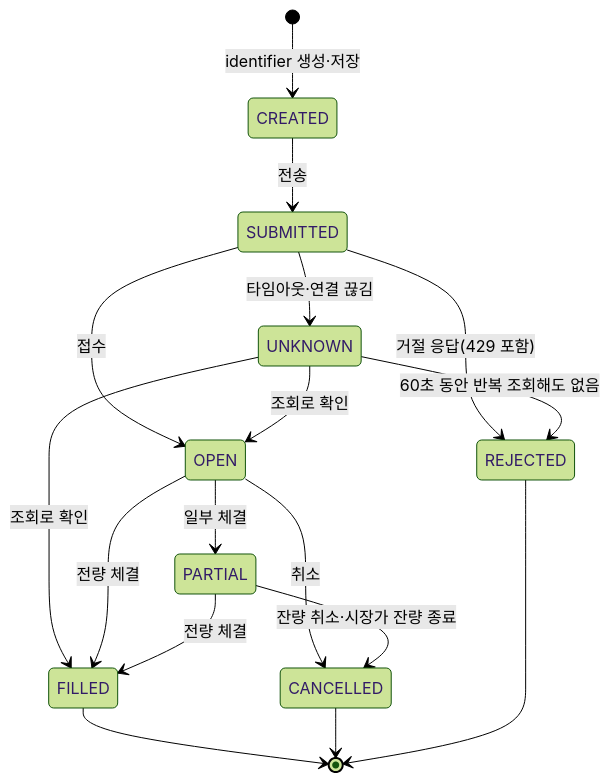
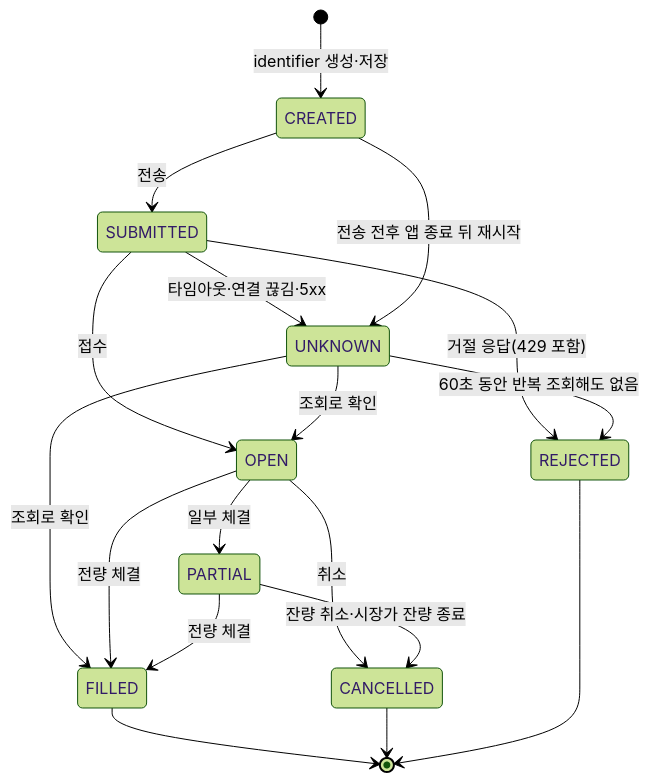
The third of 4 diagrams in docs/03-functional/state-machines.md (khy920723/upbit-autotrader), drawn with Mermaid (forest theme) before and after one commit. The commit also changed other lines of this file and 25 other files, not shown here.

````diff
--- a/docs/03-functional/state-machines.md
+++ b/docs/03-functional/state-machines.md
@@ -87,19 +87,20 @@
 ```mermaid
 stateDiagram-v2
     [*] --> CREATED: identifier 생성·저장
     CREATED --> SUBMITTED: 전송
     SUBMITTED --> OPEN: 접수
     SUBMITTED --> REJECTED: 거절 응답(429 포함)
-    SUBMITTED --> UNKNOWN: 타임아웃·연결 끊김
+    SUBMITTED --> UNKNOWN: 타임아웃·연결 끊김·5xx
+    CREATED --> UNKNOWN: 전송 전후 앱 종료 뒤 재시작
     UNKNOWN --> OPEN: 조회로 확인
     UNKNOWN --> FILLED: 조회로 확인
     UNKNOWN --> REJECTED: 60초 동안 반복 조회해도 없음
     OPEN --> PARTIAL: 일부 체결
     OPEN --> FILLED: 전량 체결
     PARTIAL --> FILLED: 전량 체결
     OPEN --> CANCELLED: 취소
     PARTIAL --> CANCELLED: 잔량 취소·시장가 잔량 종료
     FILLED --> [*]
     CANCELLED --> [*]
     REJECTED --> [*]
 ```
````
